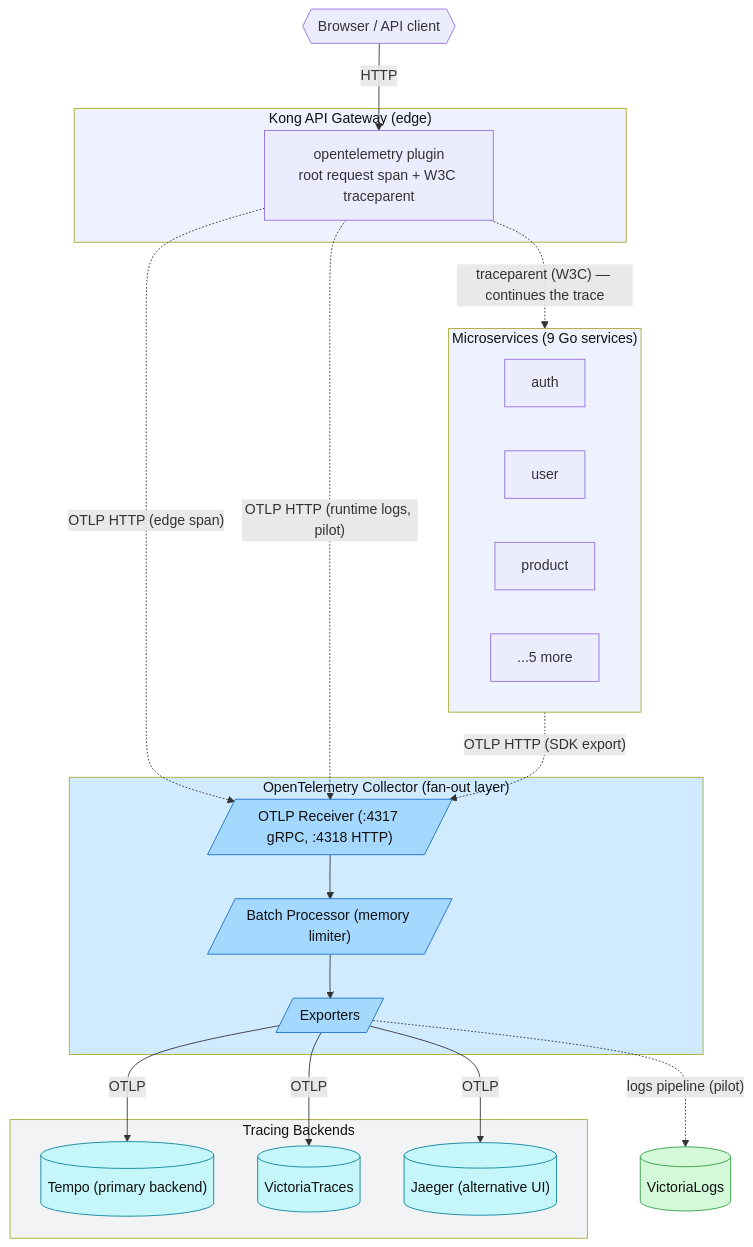
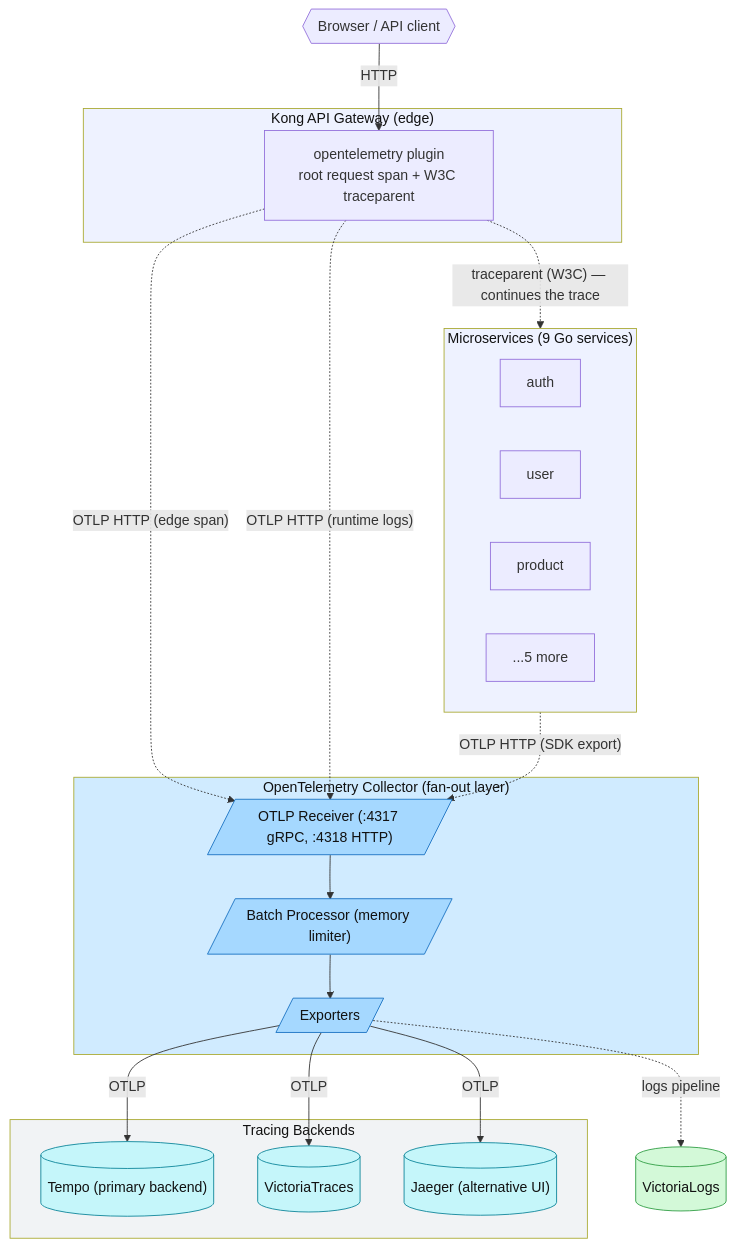
One commit to duynhlab/homelab changed the first of 2 diagrams in docs/observability/tracing/architecture.md. Above: the diagram before and after it, drawn with Mermaid. The commit also changed other lines of this file and 6 other files, not shown here.

First line of the commit message:
Drop stale pilot wording for Kong OTLP logs

````diff
--- a/docs/observability/tracing/architecture.md
+++ b/docs/observability/tracing/architecture.md
@@ -11,49 +11,49 @@
 ```mermaid
 flowchart TB
     Client{{"Browser / API client"}}
 
     subgraph Edge["Kong API Gateway (edge)"]
         Kong["opentelemetry plugin<br/>root request span + W3C traceparent"]
     end
 
     subgraph Apps["Microservices (9 Go services)"]
         Auth[auth]
         User[user]
         Product[product]
         Others[...5 more]
     end
 
     subgraph OTelCollector["OpenTelemetry Collector (fan-out layer)"]
         Receiver[/"OTLP Receiver (:4317 gRPC, :4318 HTTP)"/]
         Processor[/"Batch Processor (memory limiter)"/]
         Exporter[/"Exporters"/]
     end
 
     subgraph Backends["Tracing Backends"]
         Tempo[("Tempo (primary backend)")]
         VT[("VictoriaTraces")]
         Jaeger[("Jaeger (alternative UI)")]
     end
 
     Client -->|HTTP| Kong
     Kong -.->|"traceparent (W3C) — continues the trace"| Apps
     Kong -.->|"OTLP HTTP (edge span)"| Receiver
     Apps -.->|"OTLP HTTP (SDK export)"| Receiver
     Receiver --> Processor
     Processor --> Exporter
     Exporter -->|OTLP| Tempo
     Exporter -->|OTLP| VT
     Exporter -->|OTLP| Jaeger
-    Kong -.->|"OTLP HTTP (runtime logs, pilot)"| Receiver
-    Exporter -.->|"logs pipeline (pilot)"| VLogs[("VictoriaLogs")]
+    Kong -.->|"OTLP HTTP (runtime logs)"| Receiver
+    Exporter -.->|"logs pipeline"| VLogs[("VictoriaLogs")]
     classDef otc fill:#a5d8ff,stroke:#1971c2,color:#111;
     classDef trace fill:#c5f6fa,stroke:#0c8599,color:#111;
     classDef log fill:#d3f9d8,stroke:#2f9e44,color:#111;
     class Receiver,Processor,Exporter otc;
     class Tempo,VT,Jaeger trace;
     class VLogs log;
     style Edge fill:#eef2ff,color:#111;
     style Apps fill:#eef2ff,color:#111;
     style OTelCollector fill:#d0ebff,color:#111;
     style Backends fill:#f1f3f5,color:#111;
 ```
````
